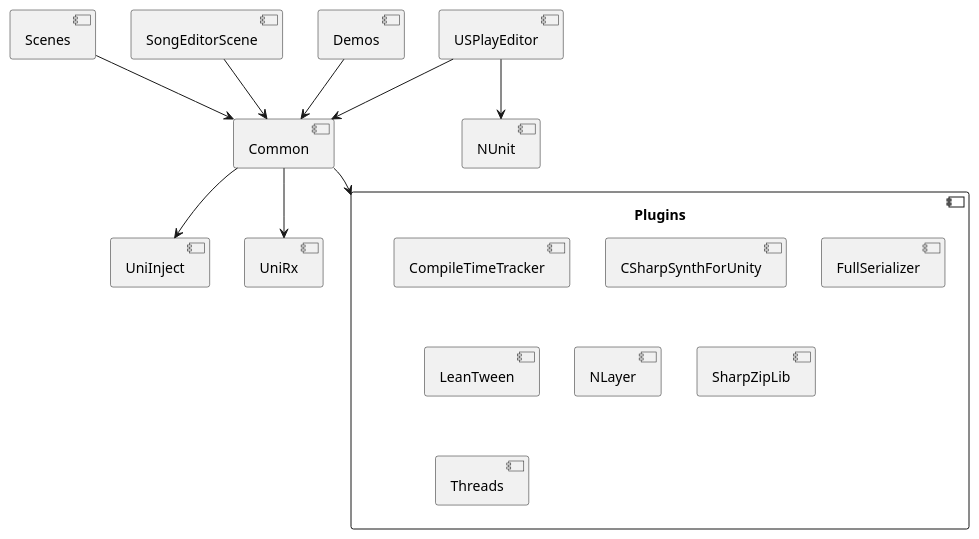
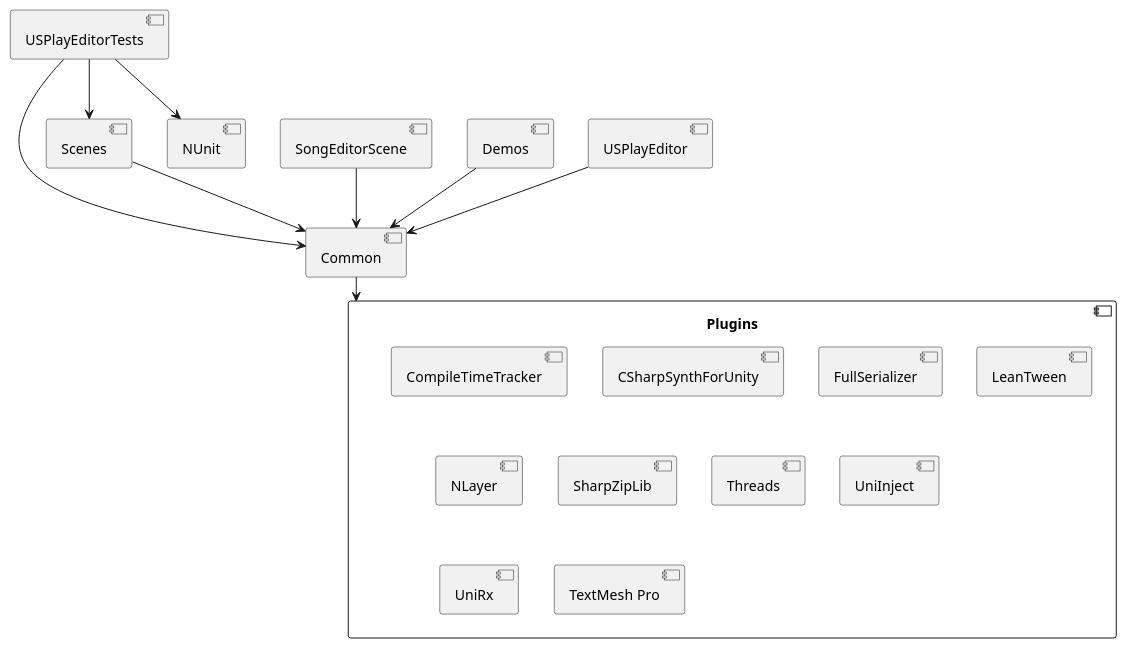
One commit to UltraStar-Deluxe/Play changed the diagram in documentation/assembly-dependencies.plantuml. Above: the diagram before and after it, drawn with PlantUML. The commit also changed 7 other files, not shown here.

```diff
--- a/documentation/assembly-dependencies.plantuml
+++ b/documentation/assembly-dependencies.plantuml
@@ -1,50 +1,52 @@
-@startuml
+@startuml "assembly-dependencies"
 
 ' ---------------------------
 ' Assets/Plugins
 component [Plugins] {
     [CompileTimeTracker]
     [CSharpSynthForUnity]
     [FullSerializer]
     [LeanTween]
     [NLayer]
     [SharpZipLib]
     [Threads]
+    [UniInject]
+    [UniRx]
+    [TextMesh Pro]
 }
-
-[UniInject]
-[UniRx]
 
 ' ---------------------------
 ' Assets/Common
 [Common]
 
 ' ---------------------------
 ' Assets/Scenes
 [Scenes]
 [SongEditorScene]
 [Demos]
 
 ' ---------------------------
 ' Assets/Editor
 [USPlayEditor]
+[USPlayEditorTests]
 
 ' ---------------------------
 ' Unity environment
 [NUnit]
 
 ' ---------------------------
 ' Dependencies
 
 Common --> Plugins
-Common --> UniRx
-Common --> UniInject
 
 Scenes --> Common
 SongEditorScene --> Common
 Demos --> Common
 
 USPlayEditor --> Common
-USPlayEditor --> NUnit
+
+USPlayEditorTests --> Common
+USPlayEditorTests --> Scenes
+USPlayEditorTests --> NUnit
 
 @enduml
```
